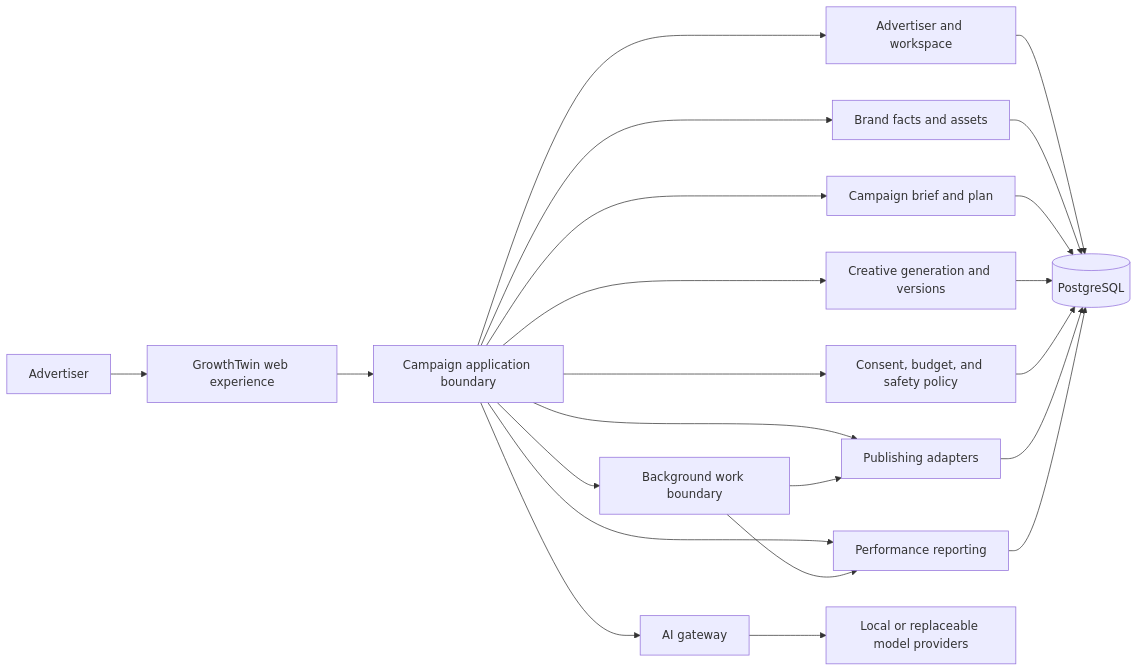
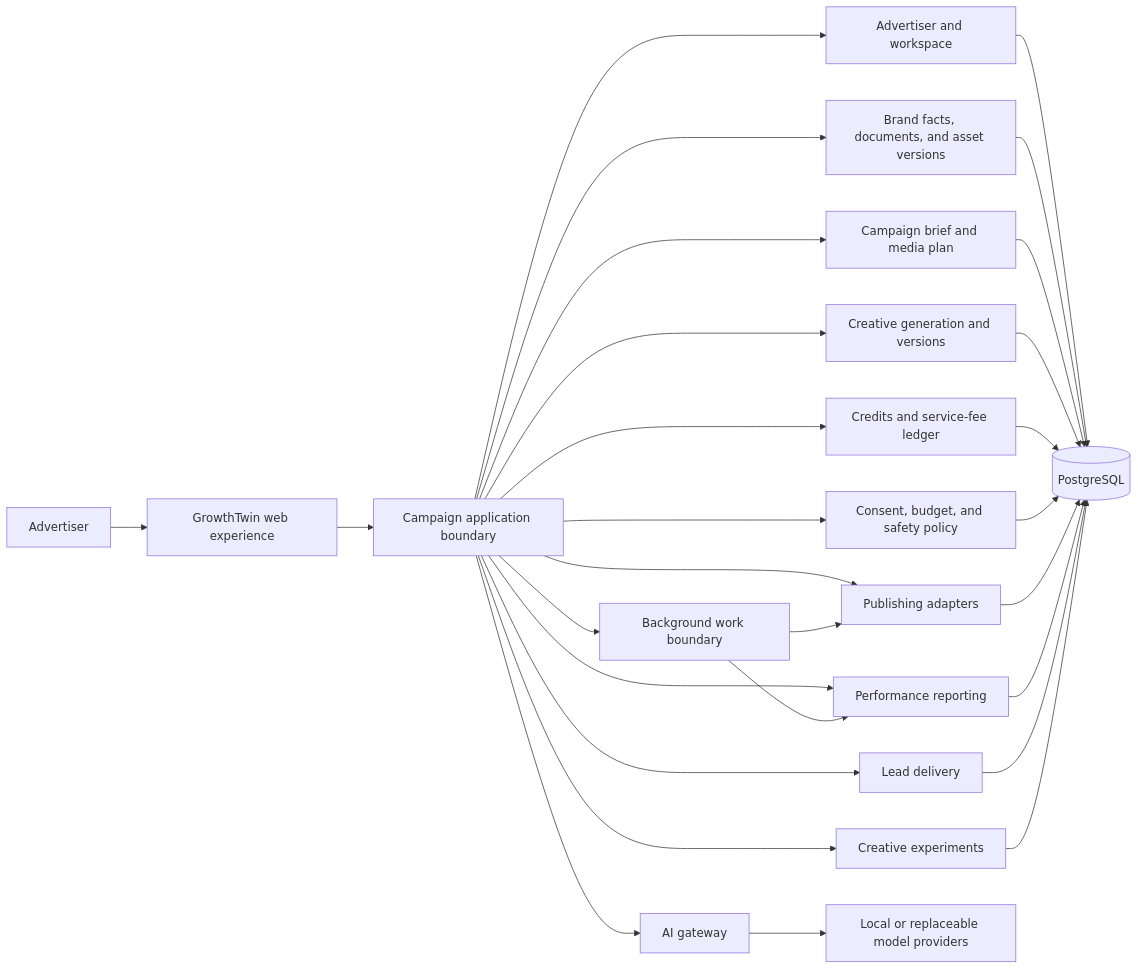
Before and after one commit to ugurkbcgl-hub/growthtwin: the diagram in ARCHITECTURE.md, drawn with Mermaid. The commit also changed other lines of this file and 3 other files, not shown here.

````diff
--- a/ARCHITECTURE.md
+++ b/ARCHITECTURE.md
@@ -17,24 +17,30 @@
 ```mermaid
 flowchart LR
   Advertiser[Advertiser] --> Web[GrowthTwin web experience]
   Web --> App[Campaign application boundary]
   App --> Identity[Advertiser and workspace]
-  App --> Brand[Brand facts and assets]
-  App --> Brief[Campaign brief and plan]
+  App --> Brand[Brand facts, documents, and asset versions]
+  App --> Brief[Campaign brief and media plan]
   App --> Creative[Creative generation and versions]
+  App --> Pricing[Credits and service-fee ledger]
   App --> Policy[Consent, budget, and safety policy]
   App --> AI[AI gateway]
   App --> Publish[Publishing adapters]
   App --> Report[Performance reporting]
+  App --> Leads[Lead delivery]
+  App --> Experiments[Creative experiments]
   App --> Jobs[Background work boundary]
   Identity --> Store[(PostgreSQL)]
   Brand --> Store
   Brief --> Store
   Creative --> Store
+  Pricing --> Store
   Policy --> Store
   Publish --> Store
   Report --> Store
+  Leads --> Store
+  Experiments --> Store
   AI --> Providers[Local or replaceable model providers]
   Jobs --> Publish
   Jobs --> Report
 ```
````
